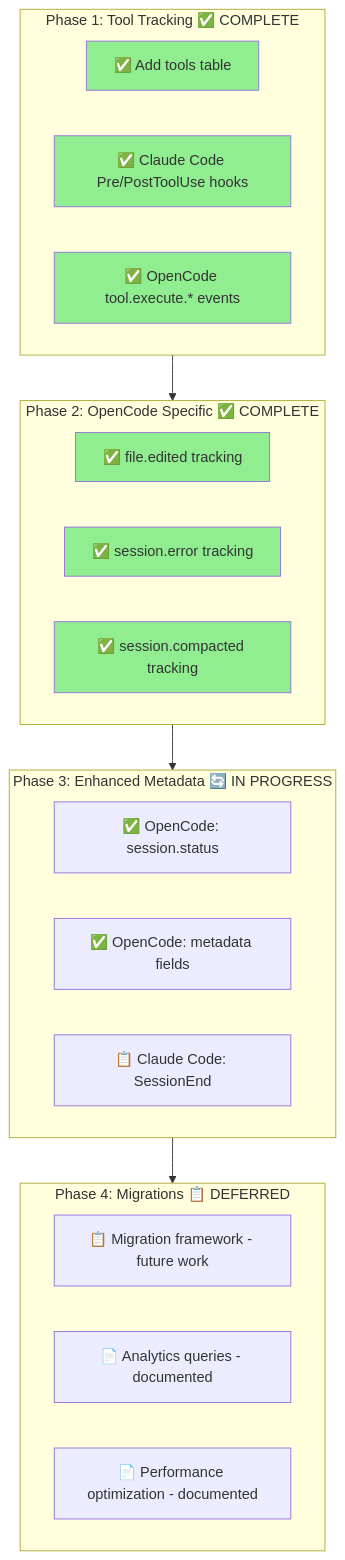
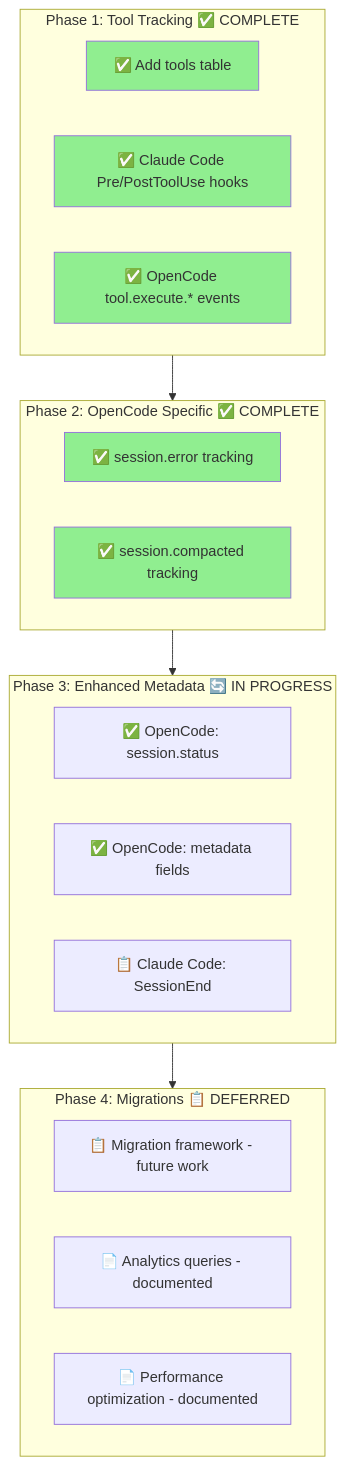
One commit to dxta-dev/clankers changed the diagram in lode/plans/data-gaps-implementation.md. Above: the diagram before and after it, drawn with Mermaid. The commit also changed other lines of this file and 14 other files, not shown here.

````diff
--- a/lode/plans/data-gaps-implementation.md
+++ b/lode/plans/data-gaps-implementation.md
@@ -569,35 +530,33 @@
 ```mermaid
 flowchart TB
     subgraph Phase1[Phase 1: Tool Tracking ✅ COMPLETE]
         P1_1[✅ Add tools table]
         P1_2[✅ Claude Code Pre/PostToolUse hooks]
         P1_3[✅ OpenCode tool.execute.* events]
     end
 
     subgraph Phase2[Phase 2: OpenCode Specific ✅ COMPLETE]
-        P2_1[✅ file.edited tracking]
-        P2_2[✅ session.error tracking]
-        P2_3[✅ session.compacted tracking]
+        P2_1[✅ session.error tracking]
+        P2_2[✅ session.compacted tracking]
     end
 
     subgraph Phase3[Phase 3: Enhanced Metadata 🔄 IN PROGRESS]
         P3_1[✅ OpenCode: session.status]
         P3_2[✅ OpenCode: metadata fields]
         P3_3[📋 Claude Code: SessionEnd]
     end
 
     subgraph Phase4[Phase 4: Migrations 📋 DEFERRED]
         P4_1[📋 Migration framework - future work]
         P4_2[📄 Analytics queries - documented]
         P4_3[📄 Performance optimization - documented]
     end
 
     Phase1 --> Phase2 --> Phase3 --> Phase4
 
     style P1_1 fill:#90EE90
     style P1_2 fill:#90EE90
     style P1_3 fill:#90EE90
     style P2_1 fill:#90EE90
     style P2_2 fill:#90EE90
-    style P2_3 fill:#90EE90
 ```
````
